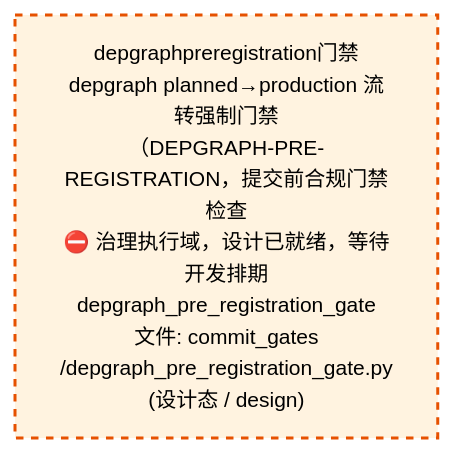
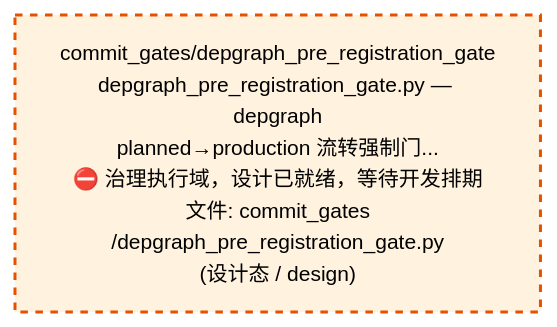
One commit to xuanFelixVan/ZephyrAlpha changed the third of 4 diagrams in docs/02_enterprise_architecture/02_domain_architecture_docs/53_d_gov_enforcement.md. Above: the diagram before and after it, drawn with Mermaid. The commit also changed other lines of this file and 50 other files, not shown here.

````diff
--- a/docs/02_enterprise_architecture/02_domain_architecture_docs/53_d_gov_enforcement.md
+++ b/docs/02_enterprise_architecture/02_domain_architecture_docs/53_d_gov_enforcement.md
@@ -342,10 +342,10 @@
 ```mermaid
 %%{init: {'theme': 'base', 'themeVariables': {'primaryColor': '#eaeaea', 'primaryTextColor': '#333333', 'primaryBorderColor': '#666666', 'lineColor': '#666666', 'secondaryColor': '#eaeaea', 'tertiaryColor': '#eaeaea', 'fontSize': '14px'}}}%%
 flowchart TD
-    src_zephyr_gov_enforcement_commit_gates_depgraph_pre_registration_gate_py["depgraphpreregistration门禁<br/>depgraph planned→production 流转强制门禁<br/>（DEPGRAPH-PRE-REGISTRATION，提交前合规门禁检查<br/>⛔ 治理执行域，设计已就绪，等待开发排期<br/>depgraph_pre_registration_gate<br/>文件: commit_gates<br/>/depgraph_pre_registration_gate.py<br/>(设计态 / design)"]
+    src_zephyr_gov_enforcement_commit_gates_depgraph_pre_registration_gate_py["commit_gates/depgraph_pre_registration_gate<br/>depgraph_pre_registration_gate.py — depgraph<br/>planned→production 流转强制门...<br/>⛔ 治理执行域，设计已就绪，等待开发排期<br/>文件: commit_gates<br/>/depgraph_pre_registration_gate.py<br/>(设计态 / design)"]
     classDef production fill:#e1f5fe,stroke:#01579b,stroke-width:2px,color:#000
     classDef design fill:#fff3e0,stroke:#e65100,stroke-width:2px,color:#000,stroke-dasharray: 5 5
     classDef external_prod fill:#e8f4fd,stroke:#0277bd,stroke-width:1px,color:#000
     classDef external_design fill:#fff8e7,stroke:#ef6c00,stroke-width:1px,color:#000,stroke-dasharray: 5 5
     class src_zephyr_gov_enforcement_commit_gates_depgraph_pre_registration_gate_py design
 ```
````
